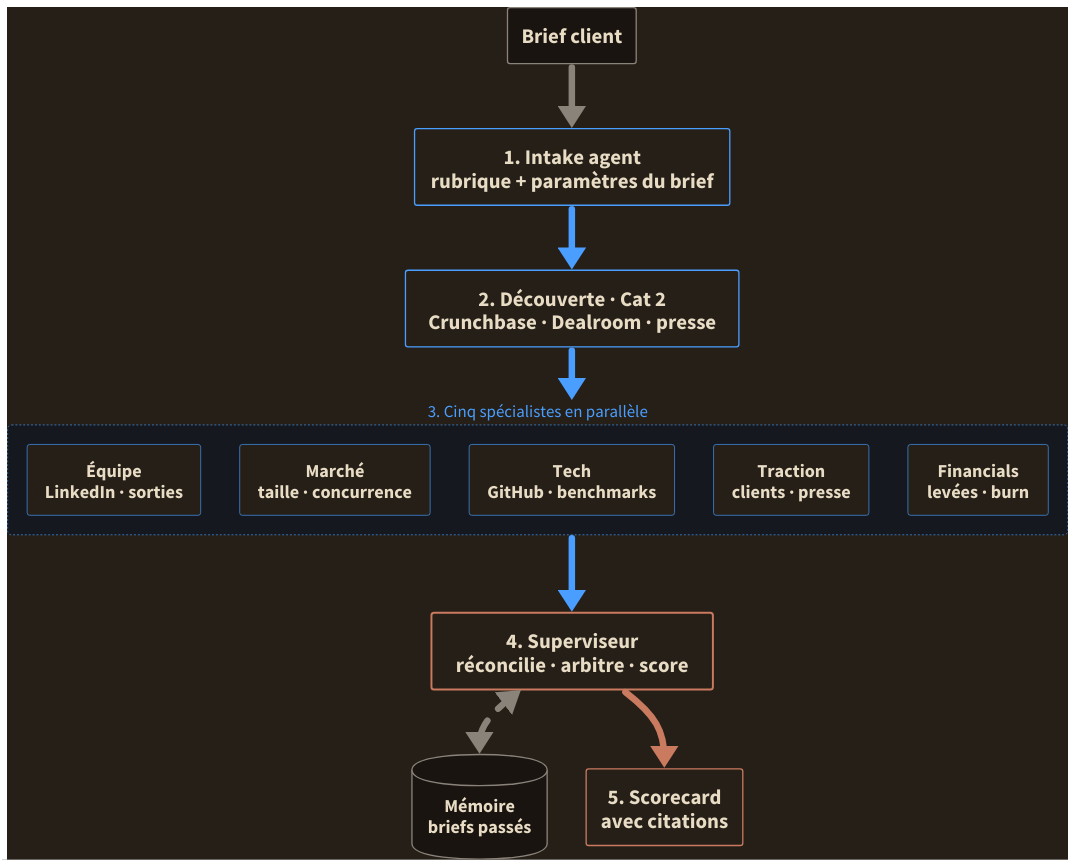
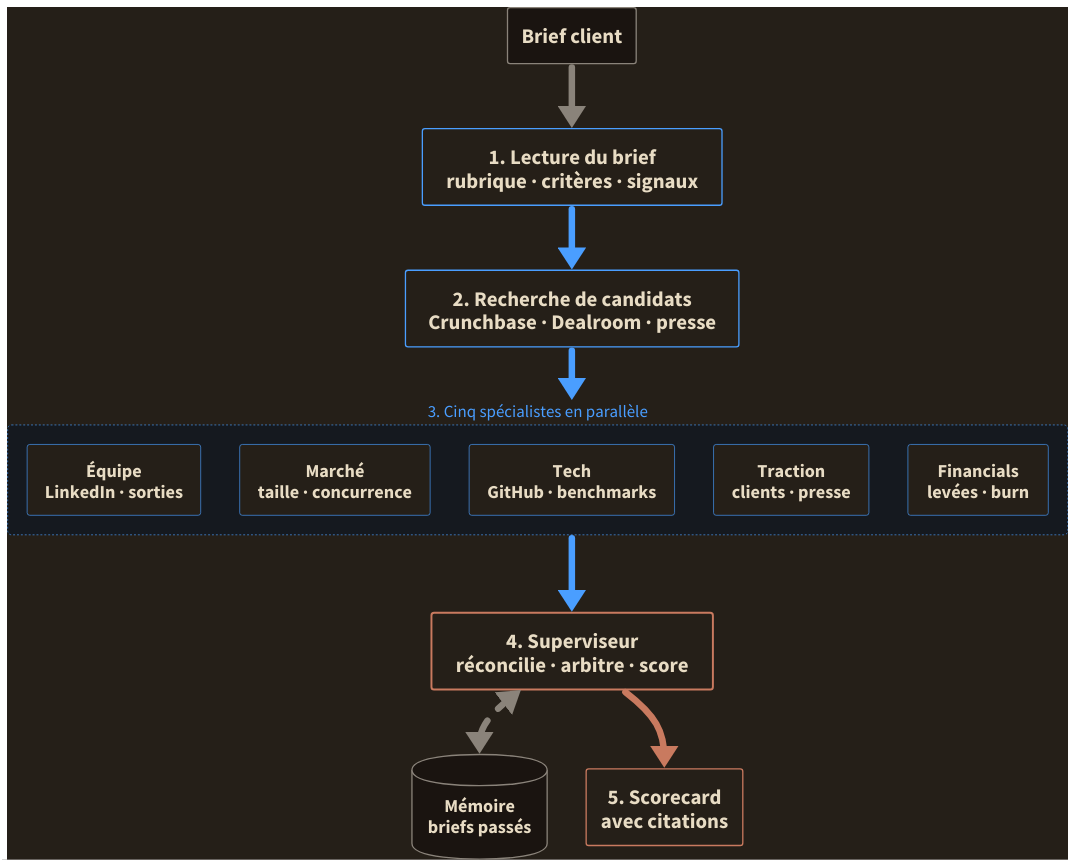
Before and after one commit to alextouss/toussaint-consulting-landing: the diagram in diagrams/uc3-dark.d2, drawn with D2. The commit also changed 4 other files, not shown here.

```diff
--- a/diagrams/uc3-dark.d2
+++ b/diagrams/uc3-dark.d2
@@ -1,113 +1,113 @@
 # UC3 — Scouting & due diligence (Cat 3 · multi-agents)
 # DARK MODE — for HTML on-screen rendering
 
 vars: {
   d2-config: {
     theme-overrides: {
       N7: "#251F18"
     }
   }
 }
 
 direction: down
 
 classes: {
   input: {
     shape: rectangle
     style: {
       fill: "#1A1410"
       stroke: "#8A837A"
       stroke-width: 2
       font-color: "#E8DCC4"
       font-size: 32
       border-radius: 4
     }
   }
   step: {
     shape: rectangle
     style: {
       fill: "#251F18"
       stroke: "#4A9EFF"
       stroke-width: 2
       font-color: "#E8DCC4"
       font-size: 32
       border-radius: 4
     }
   }
   specialist: {
     shape: rectangle
     style: {
       fill: "#251F18"
       stroke: "#4A9EFF"
       stroke-width: 1
       font-color: "#E8DCC4"
       font-size: 28
       border-radius: 4
     }
   }
   supervisor: {
     shape: rectangle
     style: {
       fill: "#251F18"
       stroke: "#C97A5F"
       stroke-width: 3
       font-color: "#E8DCC4"
       font-size: 32
       border-radius: 4
     }
   }
   memory: {
     shape: cylinder
     style: {
       fill: "#1A1410"
       stroke: "#8A837A"
       stroke-width: 2
       font-color: "#E8DCC4"
       font-size: 28
     }
   }
   output: {
     shape: rectangle
     style: {
       fill: "#251F18"
       stroke: "#C97A5F"
       stroke-width: 2
       font-color: "#E8DCC4"
       font-size: 32
       border-radius: 4
     }
   }
 }
 
 brief: "Brief client" { class: input }
-intake: "1. Intake agent\nrubrique + paramètres du brief" { class: step }
-discovery: "2. Découverte · Cat 2\nCrunchbase · Dealroom · presse" { class: step }
+intake: "1. Lecture du brief\nrubrique · critères · signaux" { class: step }
+discovery: "2. Recherche de candidats\nCrunchbase · Dealroom · presse" { class: step }
 
 specialistes: "3. Cinq spécialistes en parallèle" {
   style: {
     fill: "#15191F"
     stroke: "#4A9EFF"
     stroke-width: 1
     stroke-dash: 3
     font-color: "#4A9EFF"
     font-size: 26
     border-radius: 6
   }
 
   equipe: "Équipe\nLinkedIn · sorties" { class: specialist }
   marche: "Marché\ntaille · concurrence" { class: specialist }
   tech: "Tech\nGitHub · benchmarks" { class: specialist }
   traction: "Traction\nclients · presse" { class: specialist }
   financials: "Financials\nlevées · burn" { class: specialist }
 }
 
 supervisor: "4. Superviseur\nréconcilie · arbitre · score" { class: supervisor }
 memory: "Mémoire\nbriefs passés" { class: memory }
 scorecard: "5. Scorecard\navec citations" { class: output }
 
 brief -> intake: { style: { stroke: "#8A837A"; stroke-width: 10 } }
 intake -> discovery: { style: { stroke: "#4A9EFF"; stroke-width: 10 } }
 discovery -> specialistes: { style: { stroke: "#4A9EFF"; stroke-width: 10 } }
 specialistes -> supervisor: { style: { stroke: "#4A9EFF"; stroke-width: 10 } }
 supervisor <-> memory: { style: { stroke: "#8A837A"; stroke-width: 10; stroke-dash: 3 } }
 supervisor -> scorecard: { style: { stroke: "#C97A5F"; stroke-width: 10 } }
```
